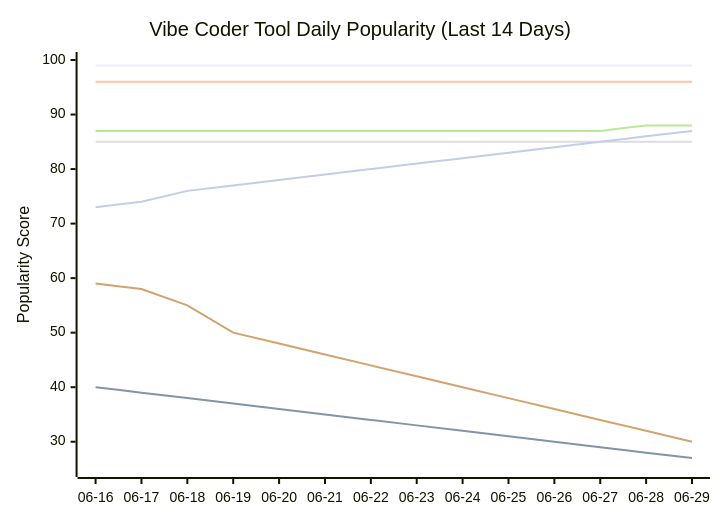
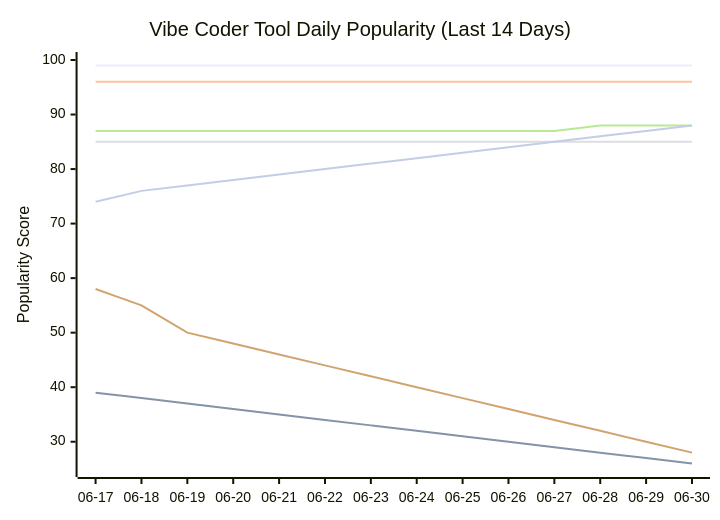
The seventh of 11 diagrams in README.md (tykimos/ai-whatchelin), drawn with Mermaid before and after one commit. The commit also changed other lines of this file and 4 other files, not shown here.

````diff
--- a/README.md
+++ b/README.md
@@ -1769,13 +1769,13 @@
 ```mermaid
 xychart-beta
     title "Vibe Coder Tool Daily Popularity (Last 14 Days)"
-    x-axis ["06-16", "06-17", "06-18", "06-19", "06-20", "06-21", "06-22", "06-23", "06-24", "06-25", "06-26", "06-27", "06-28", "06-29"]
+    x-axis ["06-17", "06-18", "06-19", "06-20", "06-21", "06-22", "06-23", "06-24", "06-25", "06-26", "06-27", "06-28", "06-29", "06-30"]
     y-axis "Popularity Score" 25 --> 100
     line "Claude Code" [99, 99, 99, 99, 99, 99, 99, 99, 99, 99, 99, 99, 99, 99]
-    line "GH Copilot" [40, 39, 38, 37, 36, 35, 34, 33, 32, 31, 30, 29, 28, 27]
+    line "GH Copilot" [39, 38, 37, 36, 35, 34, 33, 32, 31, 30, 29, 28, 27, 26]
     line "Cursor" [96, 96, 96, 96, 96, 96, 96, 96, 96, 96, 96, 96, 96, 96]
     line "Windsurf" [85, 85, 85, 85, 85, 85, 85, 85, 85, 85, 85, 85, 85, 85]
-    line "Codex CLI" [87, 87, 87, 87, 87, 87, 87, 87, 87, 87, 87, 87, 88, 88]
-    line "Gemini CLI" [59, 58, 55, 50, 48, 46, 44, 42, 40, 38, 36, 34, 32, 30]
-    line "Antigravity" [73, 74, 76, 77, 78, 79, 80, 81, 82, 83, 84, 85, 86, 87]
+    line "Codex CLI" [87, 87, 87, 87, 87, 87, 87, 87, 87, 87, 87, 88, 88, 88]
+    line "Gemini CLI" [58, 55, 50, 48, 46, 44, 42, 40, 38, 36, 34, 32, 30, 28]
+    line "Antigravity" [74, 76, 77, 78, 79, 80, 81, 82, 83, 84, 85, 86, 87, 88]
 ```
````
